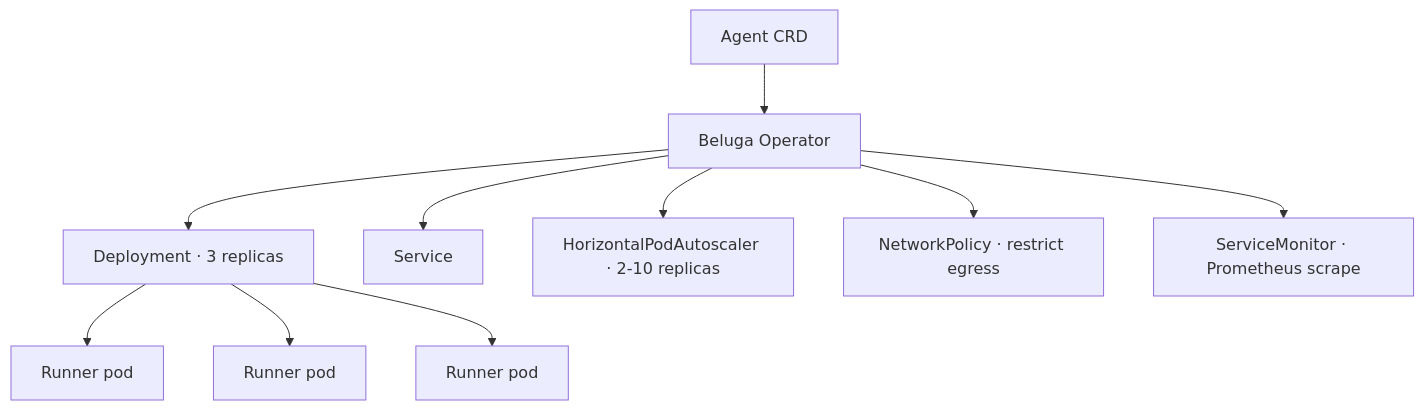
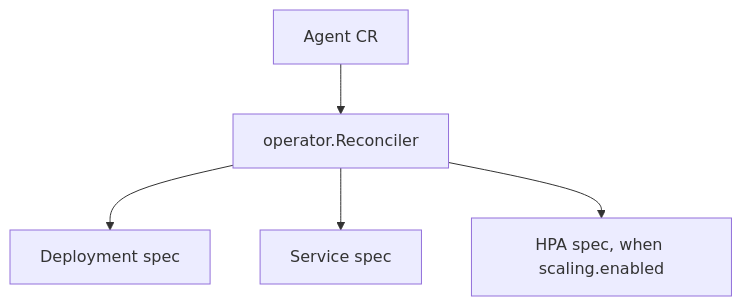
One commit to lookatitude/beluga-ai changed the diagram in docs/guides/deploy-kubernetes.md. Above: the diagram before and after it, drawn with Mermaid. The commit also changed other lines of this file and 109 other files, not shown here.

````diff
--- a/docs/guides/deploy-kubernetes.md
+++ b/docs/guides/deploy-kubernetes.md
@@ -9,12 +18,7 @@
 ```mermaid
 graph TD
-  AgentCR[Agent CRD] --> Op[Beluga Operator]
-  Op --> Dep[Deployment · 3 replicas]
-  Op --> Svc[Service]
-  Op --> HPA[HorizontalPodAutoscaler · 2-10 replicas]
-  Op --> NP[NetworkPolicy · restrict egress]
-  Op --> SM[ServiceMonitor · Prometheus scrape]
-  Dep --> Pod1[Runner pod]
-  Dep --> Pod2[Runner pod]
-  Dep --> Pod3[Runner pod]
+  AgentCR[Agent CR] --> Rec[operator.Reconciler]
+  Rec --> Dep[Deployment spec]
+  Rec --> Svc[Service spec]
+  Rec --> HPA[HPA spec, when scaling.enabled]
 ```
````
